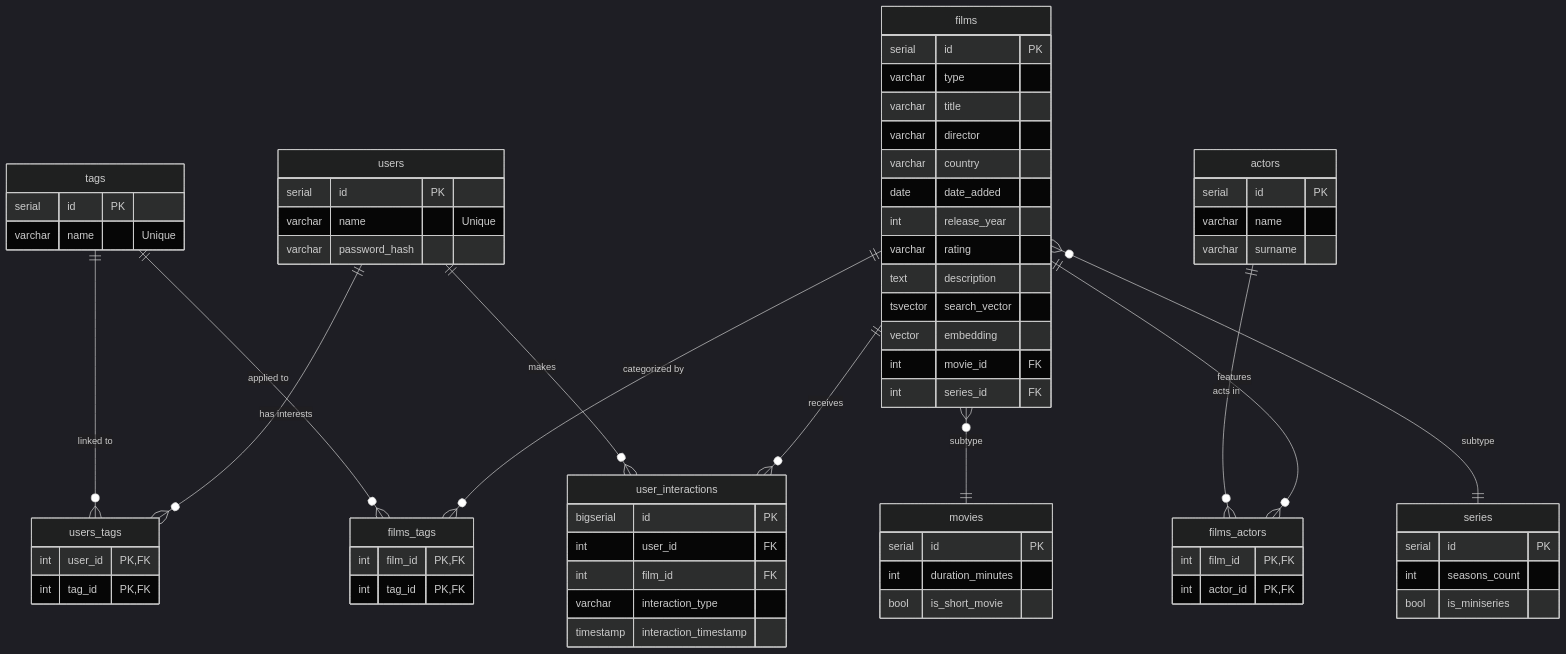
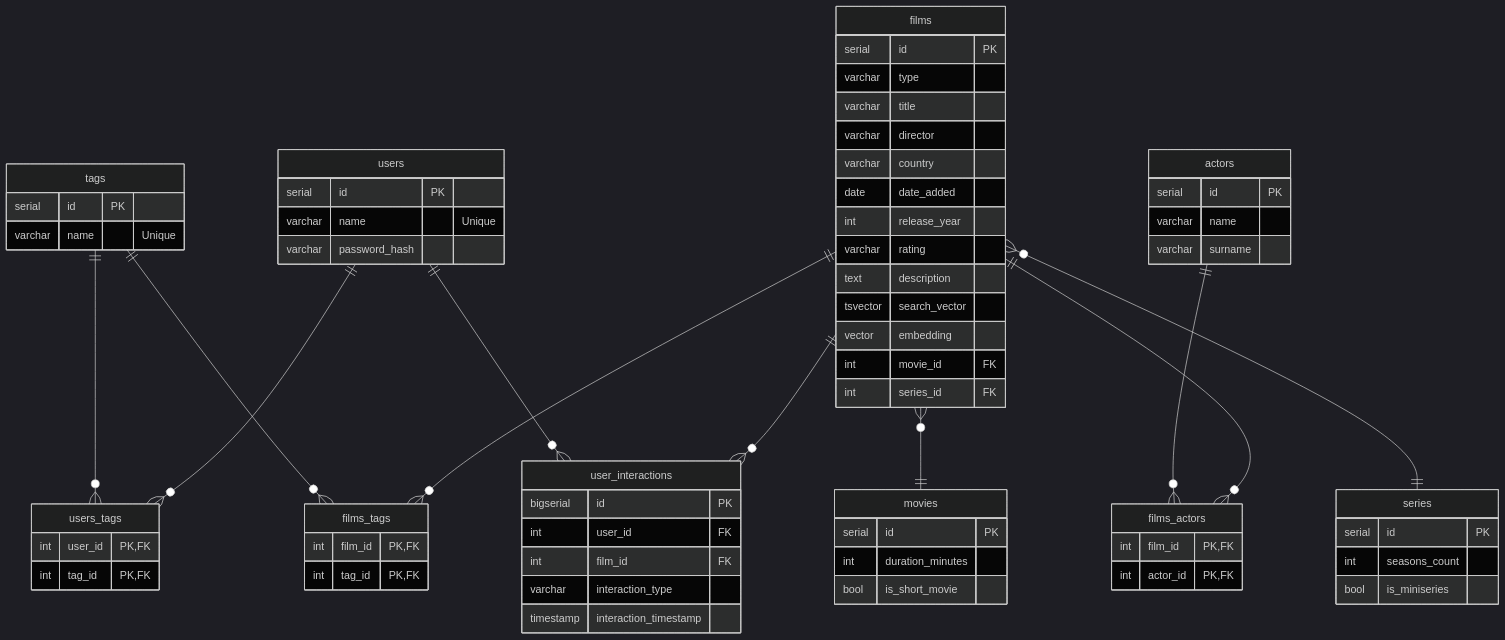
Before and after one commit to Szymx0504/EdgeCine: the diagram in docs/db_schema.md, drawn with Mermaid (dark theme).

Commit message:
fixed ERD diagram

````diff
--- a/docs/db_schema.md
+++ b/docs/db_schema.md
@@ -72,18 +72,18 @@
         timestamp interaction_timestamp
     }
 
-    users ||--o{ users_tags : "has interests"
-    tags ||--o{ users_tags : "linked to"
+    users ||--o{ users_tags : ""
+    tags ||--o{ users_tags : ""
     
-    films ||--o{ films_tags : "categorized by"
-    tags ||--o{ films_tags : "applied to"
+    films ||--o{ films_tags : ""
+    tags ||--o{ films_tags : ""
     
-    films ||--o{ films_actors : "features"
-    actors ||--o{ films_actors : "acts in"
+    films ||--o{ films_actors : ""
+    actors ||--o{ films_actors : ""
     
-    films ||--o{ user_interactions : "receives"
-    users ||--o{ user_interactions : "makes"
+    films ||--o{ user_interactions : ""
+    users ||--o{ user_interactions : ""
     
-    films }o--|| movies : "subtype"
-    films }o--|| series : "subtype"
+    films }o--|| movies : ""
+    films }o--|| series : ""
 ```
````
